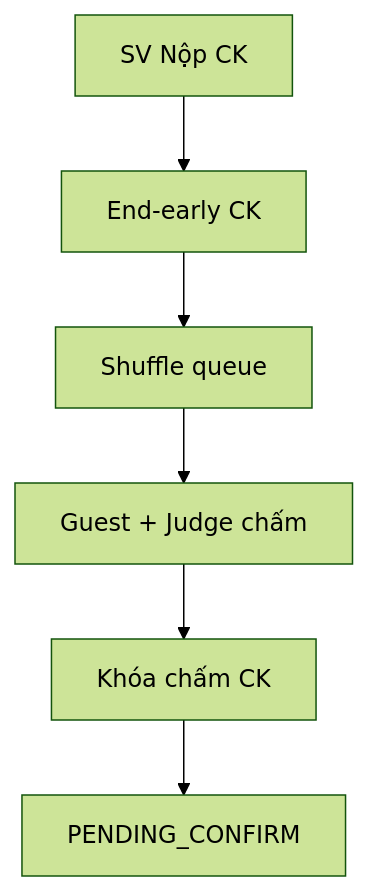
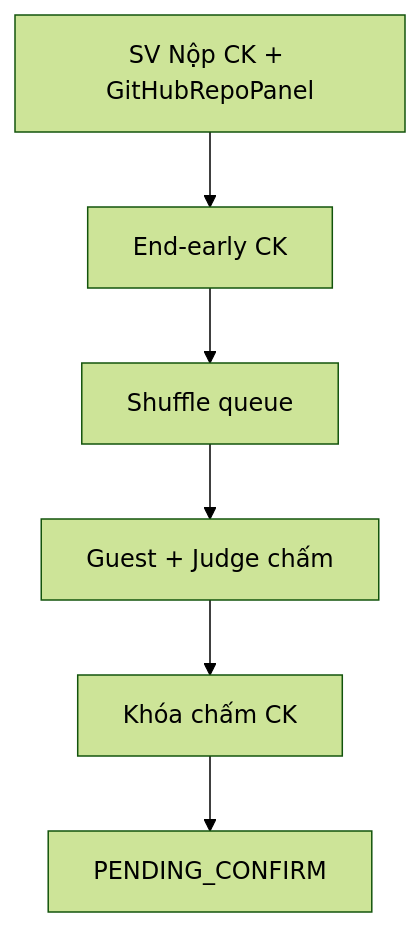
One commit to MANAGEMENT-SEAL-HACKATHON/BE changed the first of 2 diagrams in docs/defense-panel/gd5-gd6-defense-playbook.md. Above: the diagram before and after it, drawn with Mermaid (forest theme). The commit also changed other lines of this file and 5 other files, not shown here.

````diff
--- a/docs/defense-panel/gd5-gd6-defense-playbook.md
+++ b/docs/defense-panel/gd5-gd6-defense-playbook.md
@@ -58,8 +60,8 @@
 ```mermaid
 flowchart TD
-  A[SV Nộp CK] --> B[End-early CK]
+  A[SV Nộp CK + GitHubRepoPanel] --> B[End-early CK]
   B --> C[Shuffle queue]
   C --> D[Guest + Judge chấm]
   D --> E[Khóa chấm CK]
   E --> F[PENDING_CONFIRM]
 ```
````
